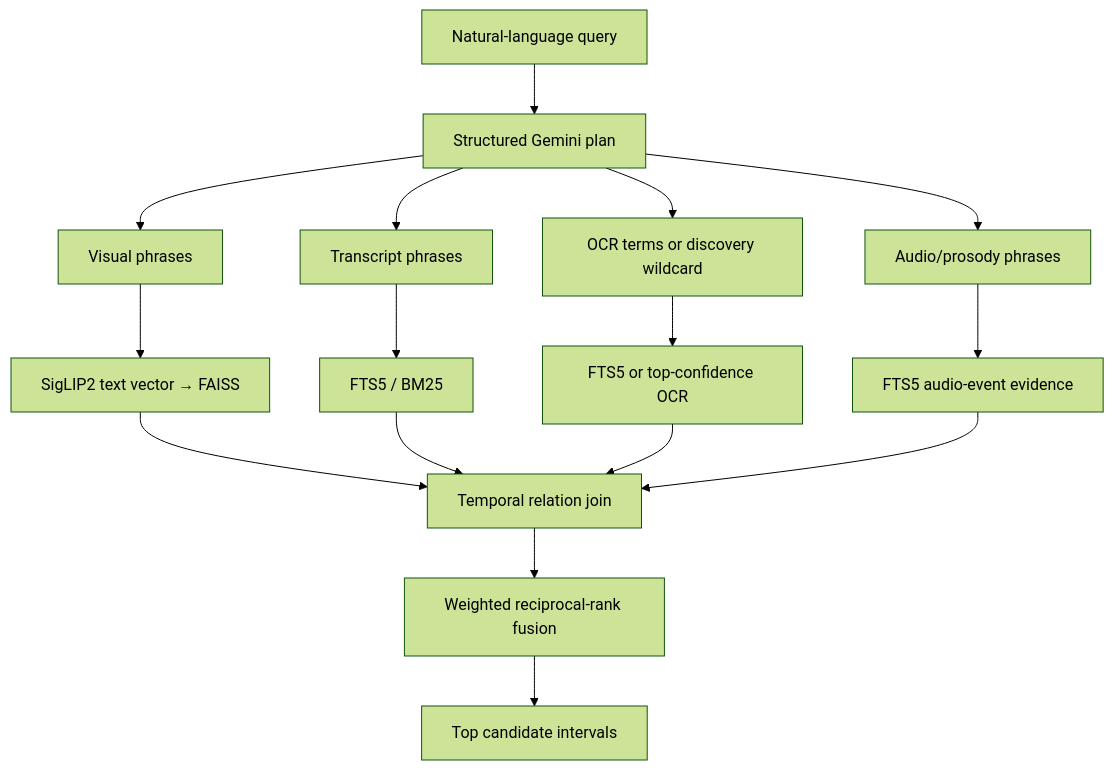
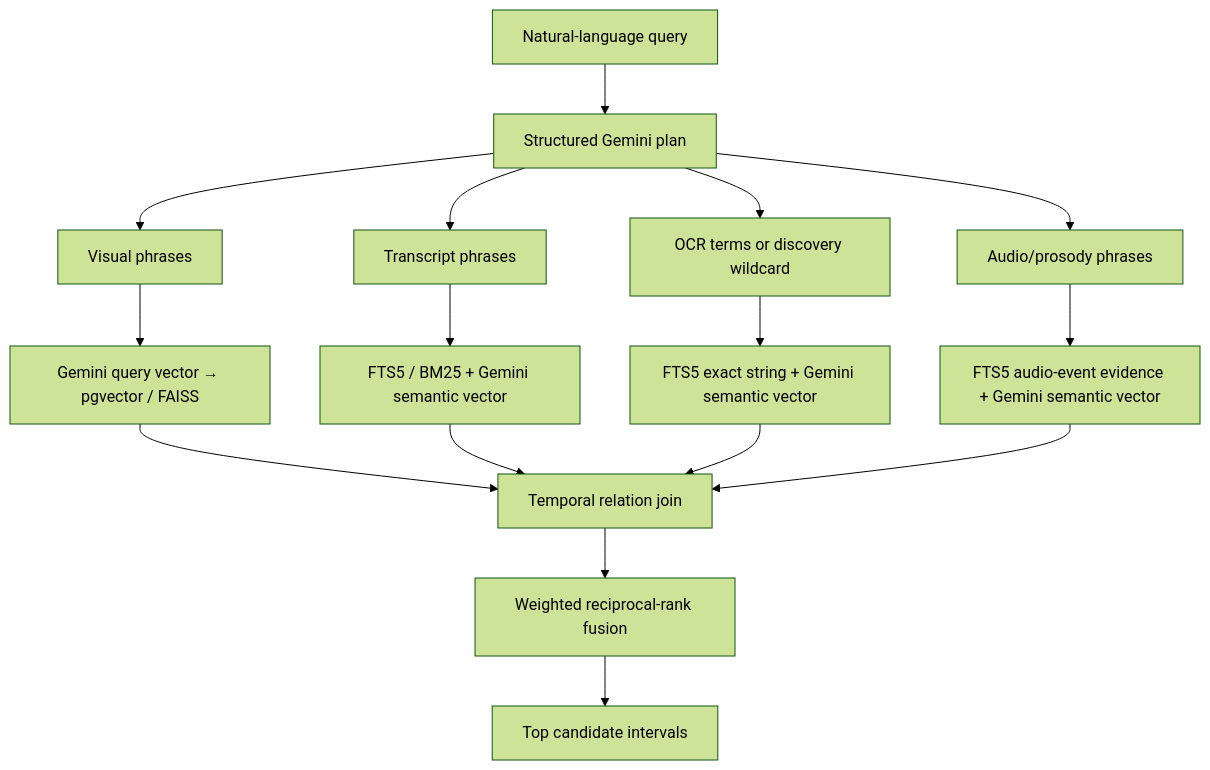
Before and after one commit to giaphoang/PatrolLens: the fourth of 9 diagrams in SYSTEM_DESIGN.md, drawn with Mermaid (forest theme). The commit also changed other lines of this file and 19 other files, not shown here.

````diff
--- a/SYSTEM_DESIGN.md
+++ b/SYSTEM_DESIGN.md
@@ -139,20 +153,20 @@
 ```mermaid
 flowchart TD
     Q["Natural-language query"] --> PLAN["Structured Gemini plan"]
     PLAN --> VQ["Visual phrases"]
     PLAN --> TQ["Transcript phrases"]
     PLAN --> OQ["OCR terms or discovery wildcard"]
     PLAN --> AQ["Audio/prosody phrases"]
 
-    VQ --> VR["SigLIP2 text vector → FAISS"]
-    TQ --> TR["FTS5 / BM25"]
-    OQ --> OR["FTS5 or top-confidence OCR"]
-    AQ --> AR["FTS5 audio-event evidence"]
+    VQ --> VR["Gemini query vector → pgvector / FAISS"]
+    TQ --> TR["FTS5 / BM25 + Gemini semantic vector"]
+    OQ --> OR["FTS5 exact string + Gemini semantic vector"]
+    AQ --> AR["FTS5 audio-event evidence + Gemini semantic vector"]
 
     VR --> JOIN["Temporal relation join"]
     TR --> JOIN
     OR --> JOIN
     AR --> JOIN
     JOIN --> RRF["Weighted reciprocal-rank fusion"]
     RRF --> C["Top candidate intervals"]
 ```
````
